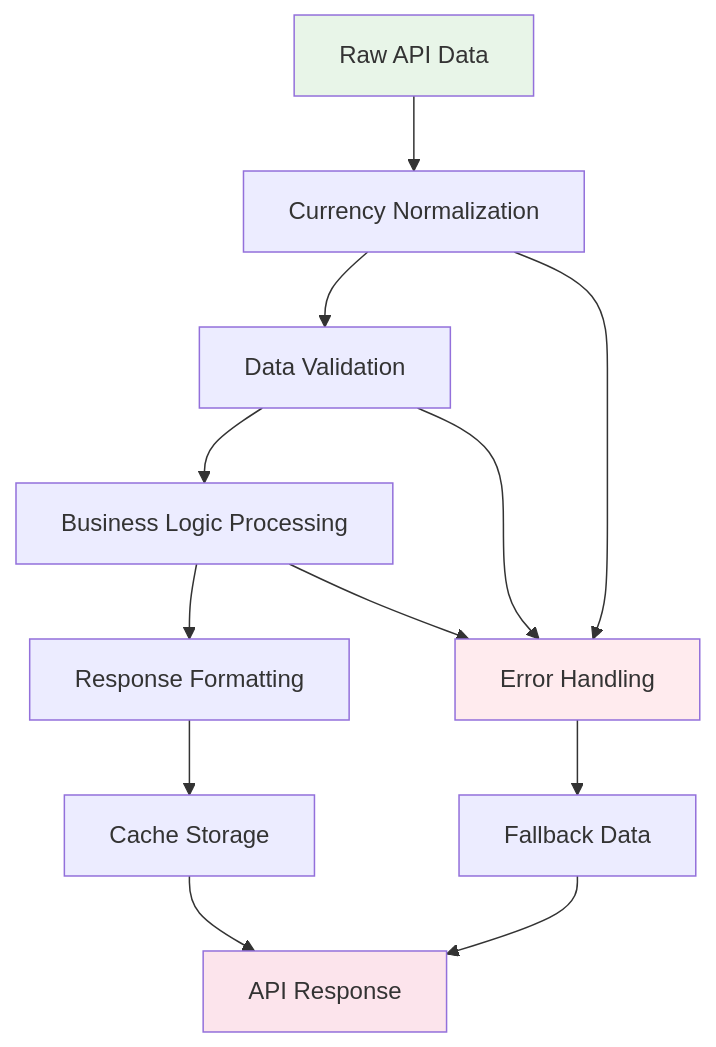
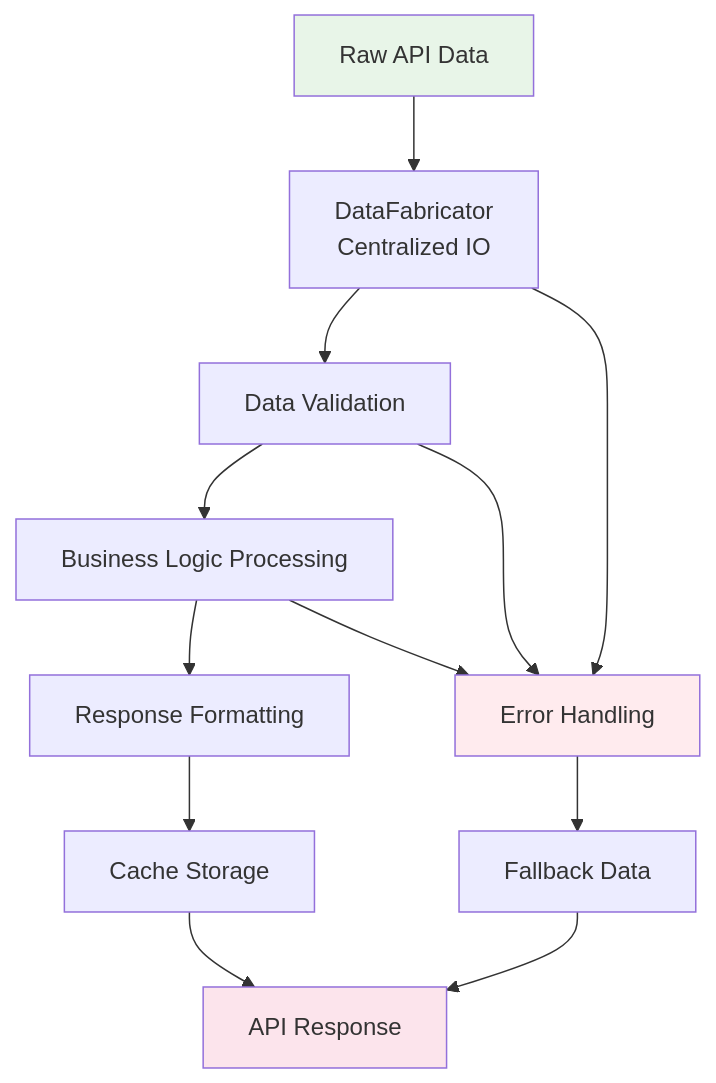
The fourth of 12 diagrams in ARCHITECTURE.md (sank29mane/growin-app), drawn with Mermaid before and after one commit. The commit also changed other lines of this file and 2 other files, not shown here.

Commit message:
Docs: Update documentation to reflect recent security, optimization, and stability fixes

````diff
--- a/ARCHITECTURE.md
+++ b/ARCHITECTURE.md
@@ -294,20 +294,20 @@
 ```mermaid
 graph TD
-    A[Raw API Data] --> B[Currency Normalization]
+    A[Raw API Data] --> B[DataFabricator<br/>Centralized IO]
     B --> C[Data Validation]
     C --> D[Business Logic Processing]
     D --> E[Response Formatting]
     E --> F[Cache Storage]
     F --> G[API Response]
 
     B --> H[Error Handling]
     C --> H
     D --> H
 
     H --> I[Fallback Data]
     I --> G
 
     style A fill:#e8f5e8
     style G fill:#fce4ec
     style H fill:#ffebee
 ```
````
